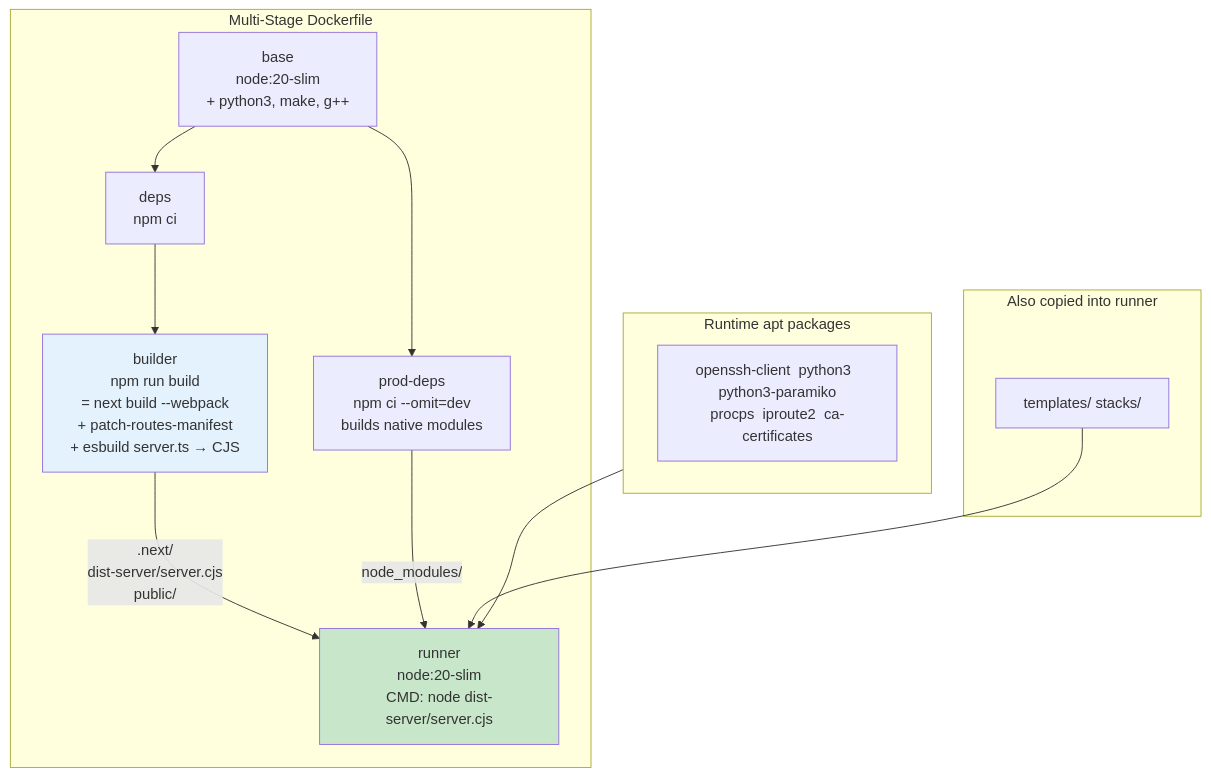
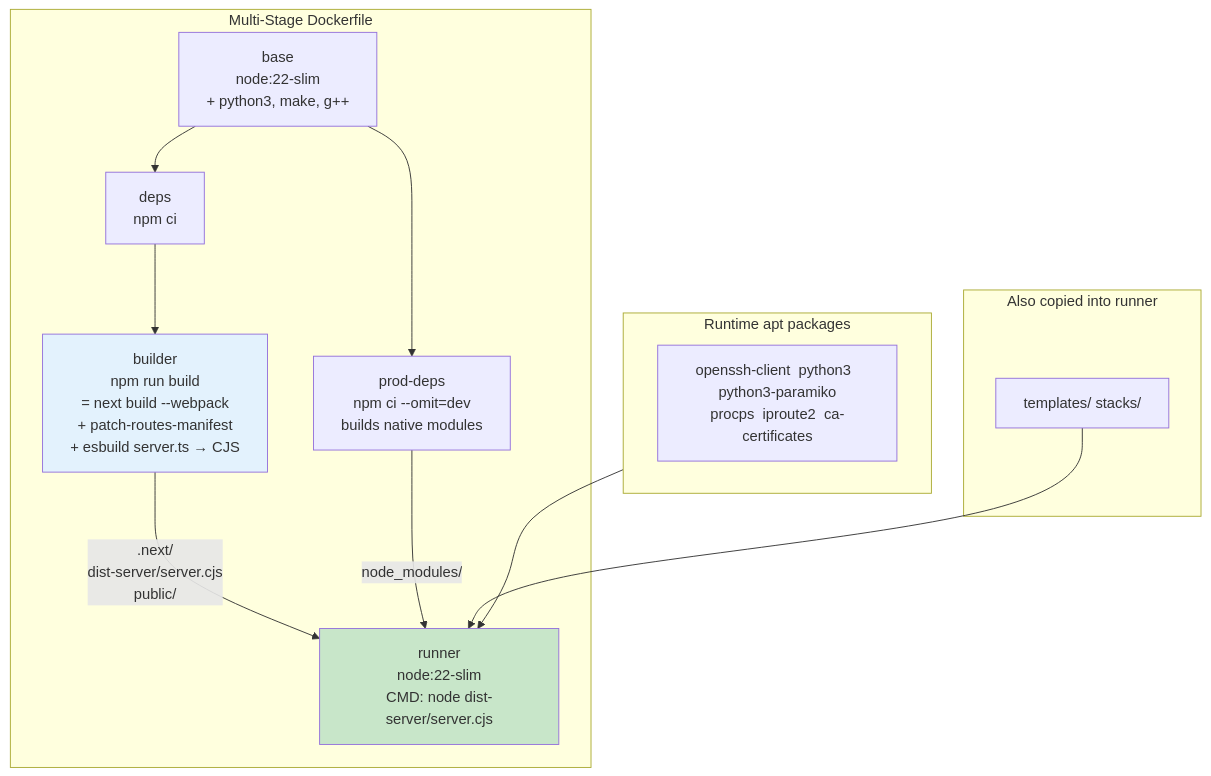
Before and after one commit to mdopp/servicebay: the fourth of 8 diagrams in docs/INSTALLATION.md, drawn with Mermaid. The commit also changed 6 other files, not shown here.

````diff
--- a/docs/INSTALLATION.md
+++ b/docs/INSTALLATION.md
@@ -129,30 +129,30 @@
 ```mermaid
 flowchart TD
     subgraph "Multi-Stage Dockerfile"
-        B[base<br/>node:20-slim<br/>+ python3, make, g++]
+        B[base<br/>node:22-slim<br/>+ python3, make, g++]
         D[deps<br/>npm ci]
         BU[builder<br/>npm run build<br/>= next build --webpack<br/>+ patch-routes-manifest<br/>+ esbuild server.ts → CJS]
         P[prod-deps<br/>npm ci --omit=dev<br/>builds native modules]
-        R[runner<br/>node:20-slim<br/>CMD: node dist-server/server.cjs]
+        R[runner<br/>node:22-slim<br/>CMD: node dist-server/server.cjs]
     end
 
     B --> D --> BU
     B --> P
 
     BU -->|.next/<br/>dist-server/server.cjs<br/>public/| R
     P -->|node_modules/| R
 
     subgraph "Also copied into runner"
         T[templates/ stacks/]
     end
     T --> R
 
     subgraph "Runtime apt packages"
         direction LR
         PKG[openssh-client  python3  python3-paramiko<br/>procps  iproute2  ca-certificates]
     end
     PKG --> R
 
     style R fill:#c8e6c9
     style BU fill:#e3f2fd
 ```
````
